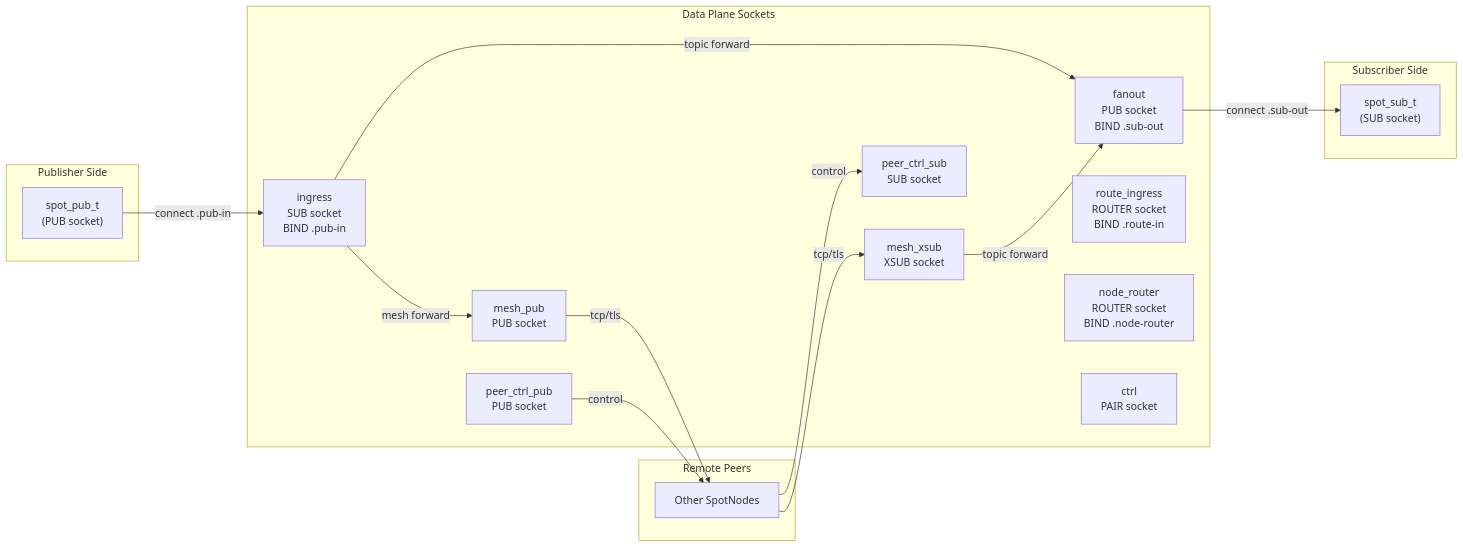
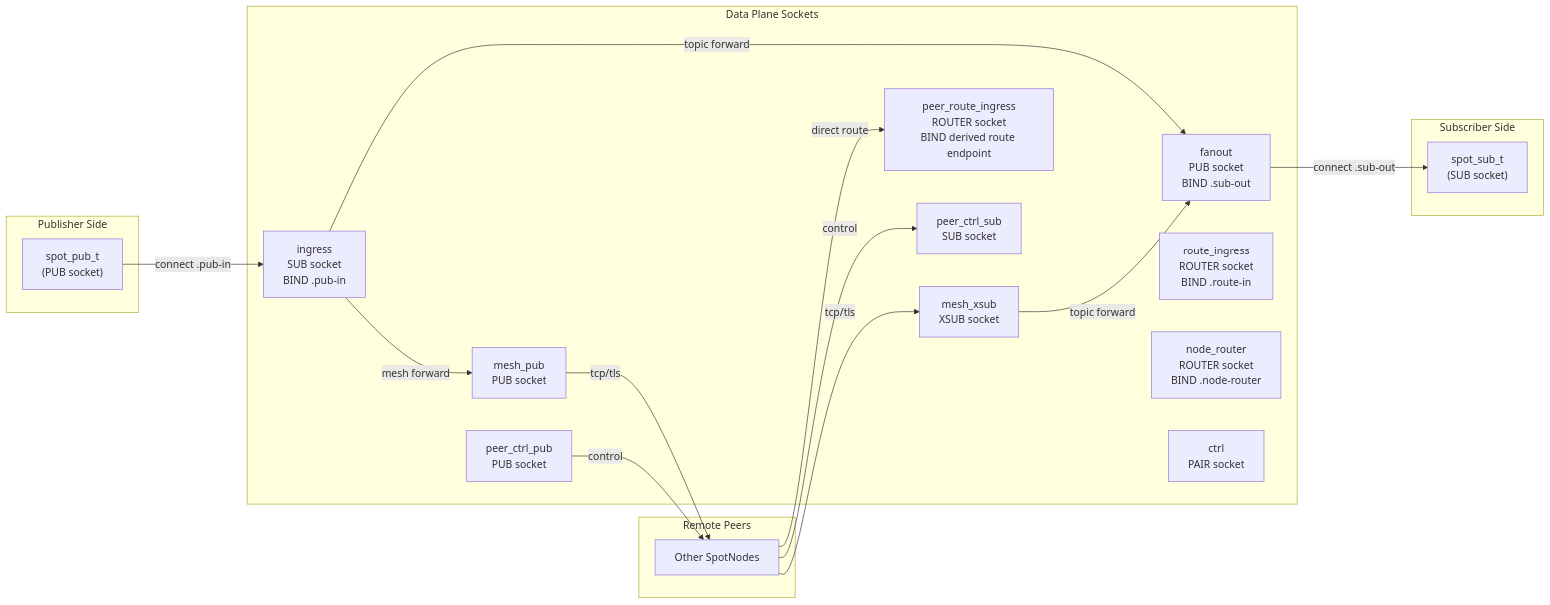
The second of 15 diagrams in doc/internals/spot-internals.md (kairos-code-dev/zlink), drawn with Mermaid before and after one commit. The commit also changed other lines of this file and 105 other files, not shown here.

````diff
--- a/doc/internals/spot-internals.md
+++ b/doc/internals/spot-internals.md
@@ -59,36 +60,38 @@
 ```mermaid
 flowchart LR
     subgraph PubSide["Publisher Side"]
         spot_pub["spot_pub_t<br/>(PUB socket)"]
     end
 
     subgraph Internal["Data Plane Sockets"]
         ingress["ingress<br/>SUB socket<br/>BIND .pub-in"]
         fanout["fanout<br/>PUB socket<br/>BIND .sub-out"]
         mesh_pub["mesh_pub<br/>PUB socket"]
         mesh_xsub["mesh_xsub<br/>XSUB socket"]
         route_in["route_ingress<br/>ROUTER socket<br/>BIND .route-in"]
+        peer_route_in["peer_route_ingress<br/>ROUTER socket<br/>BIND derived route endpoint"]
         node_router["node_router<br/>ROUTER socket<br/>BIND .node-router"]
         ctrl["ctrl<br/>PAIR socket"]
         peer_ctrl_pub["peer_ctrl_pub<br/>PUB socket"]
         peer_ctrl_sub["peer_ctrl_sub<br/>SUB socket"]
     end
 
     subgraph SubSide["Subscriber Side"]
         spot_sub["spot_sub_t<br/>(SUB socket)"]
     end
 
     subgraph Remote["Remote Peers"]
         remote_node["Other SpotNodes"]
     end
 
     spot_pub -->|connect .pub-in| ingress
     ingress -->|"topic forward"| fanout
     ingress -->|"mesh forward"| mesh_pub
     fanout -->|connect .sub-out| spot_sub
     mesh_pub -->|"tcp/tls"| remote_node
     remote_node -->|"tcp/tls"| mesh_xsub
     mesh_xsub -->|"topic forward"| fanout
     peer_ctrl_pub -->|control| remote_node
     remote_node -->|control| peer_ctrl_sub
+    remote_node -->|"direct route"| peer_route_in
 ```
````
